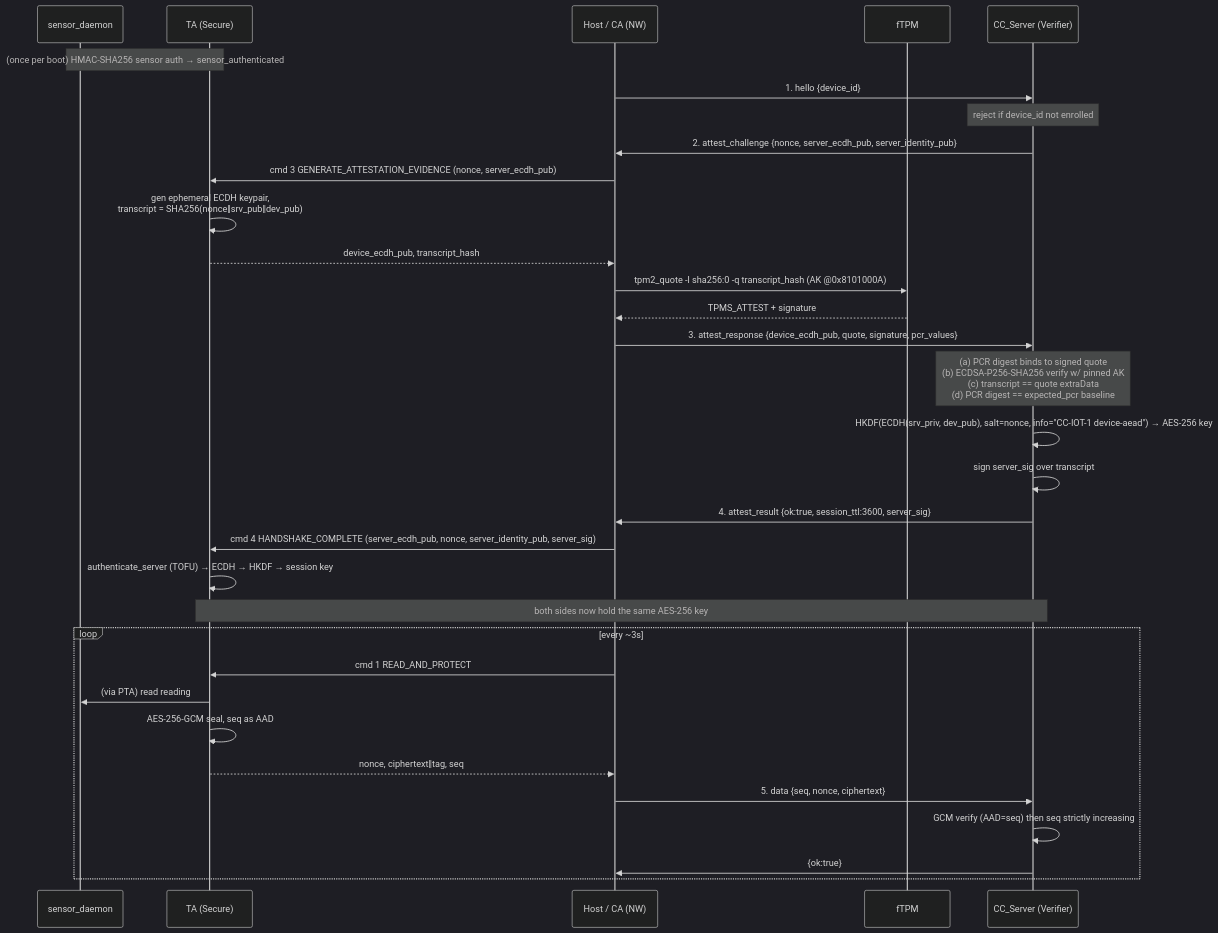
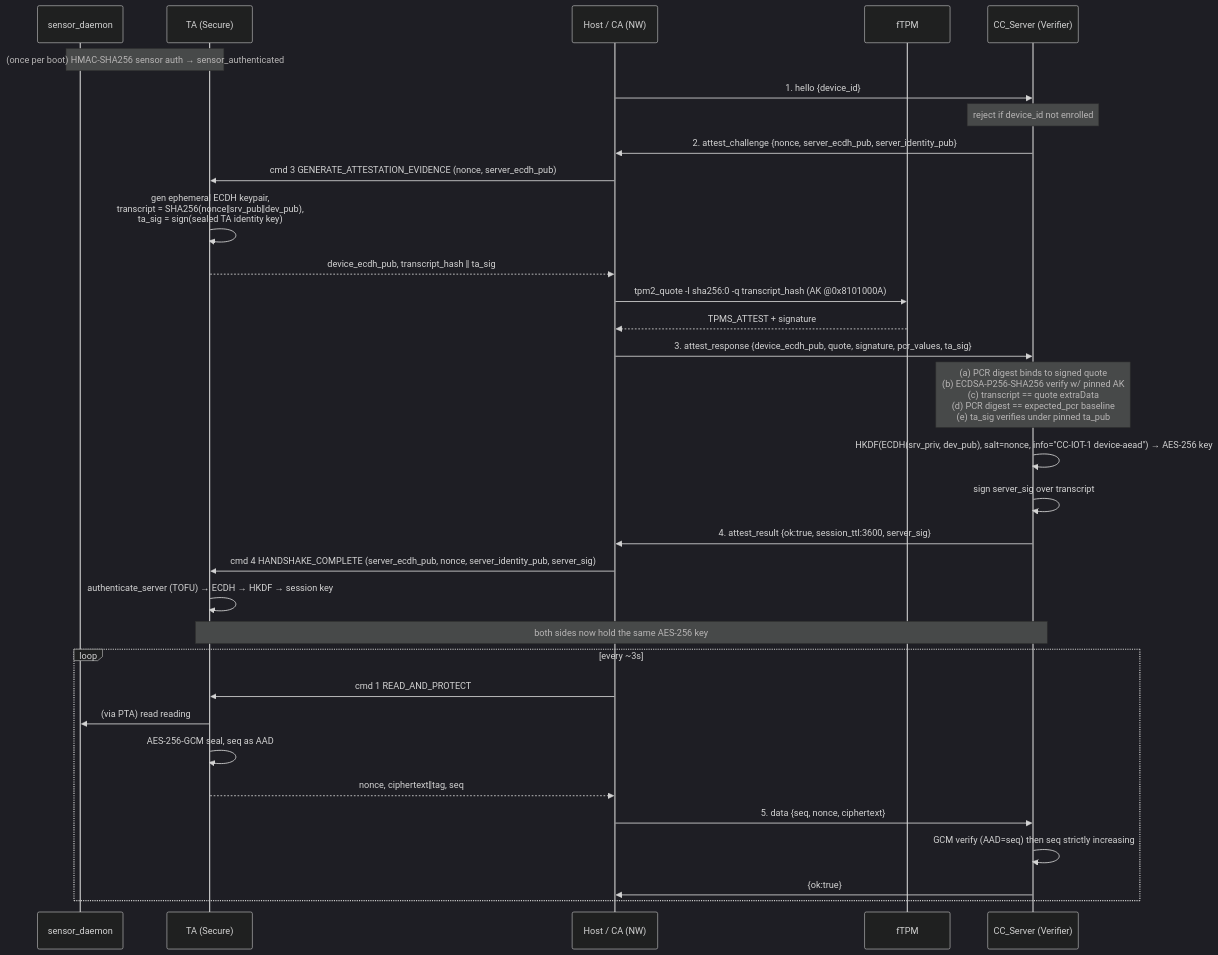
One commit to NatallieMirelashvili/ConfidentialComputing changed the fourth of 10 diagrams in docs/DESIGN.md. Above: the diagram before and after it, drawn with Mermaid (dark theme). The commit also changed other lines of this file and 16 other files, not shown here.

````diff
--- a/docs/DESIGN.md
+++ b/docs/DESIGN.md
@@ -380,40 +387,40 @@
 ```mermaid
 sequenceDiagram
     participant SD as sensor_daemon
     participant TA as TA (Secure)
     participant HOST as Host / CA (NW)
     participant FTPM as fTPM
     participant SRV as CC_Server (Verifier)
 
     Note over TA,SD: (once per boot) HMAC-SHA256 sensor auth → sensor_authenticated
 
     HOST->>SRV: 1. hello {device_id}
     Note over SRV: reject if device_id not enrolled
     SRV->>HOST: 2. attest_challenge {nonce, server_ecdh_pub, server_identity_pub}
 
     HOST->>TA: cmd 3 GENERATE_ATTESTATION_EVIDENCE (nonce, server_ecdh_pub)
-    TA->>TA: gen ephemeral ECDH keypair,<br/>transcript = SHA256(nonce‖srv_pub‖dev_pub)
-    TA-->>HOST: device_ecdh_pub, transcript_hash
+    TA->>TA: gen ephemeral ECDH keypair,<br/>transcript = SHA256(nonce‖srv_pub‖dev_pub),<br/>ta_sig = sign(sealed TA identity key)
+    TA-->>HOST: device_ecdh_pub, transcript_hash ‖ ta_sig
     HOST->>FTPM: tpm2_quote -l sha256:0 -q transcript_hash (AK @0x8101000A)
     FTPM-->>HOST: TPMS_ATTEST + signature
-    HOST->>SRV: 3. attest_response {device_ecdh_pub, quote, signature, pcr_values}
+    HOST->>SRV: 3. attest_response {device_ecdh_pub, quote, signature, pcr_values, ta_sig}
 
-    Note over SRV: (a) PCR digest binds to signed quote<br/>(b) ECDSA-P256-SHA256 verify w/ pinned AK<br/>(c) transcript == quote extraData<br/>(d) PCR digest == expected_pcr baseline
+    Note over SRV: (a) PCR digest binds to signed quote<br/>(b) ECDSA-P256-SHA256 verify w/ pinned AK<br/>(c) transcript == quote extraData<br/>(d) PCR digest == expected_pcr baseline<br/>(e) ta_sig verifies under pinned ta_pub
     SRV->>SRV: HKDF(ECDH(srv_priv, dev_pub), salt=nonce, info="CC-IOT-1 device-aead") → AES-256 key
     SRV->>SRV: sign server_sig over transcript
     SRV->>HOST: 4. attest_result {ok:true, session_ttl:3600, server_sig}
 
     HOST->>TA: cmd 4 HANDSHAKE_COMPLETE (server_ecdh_pub, nonce, server_identity_pub, server_sig)
     TA->>TA: authenticate_server (TOFU) → ECDH → HKDF → session key
     Note over TA,SRV: both sides now hold the same AES-256 key
 
     loop every ~3s
         HOST->>TA: cmd 1 READ_AND_PROTECT
         TA->>SD: (via PTA) read reading
         TA->>TA: AES-256-GCM seal, seq as AAD
         TA-->>HOST: nonce, ciphertext‖tag, seq
         HOST->>SRV: 5. data {seq, nonce, ciphertext}
         SRV->>SRV: GCM verify (AAD=seq) then seq strictly increasing
         SRV->>HOST: {ok:true}
     end
 ```
````
